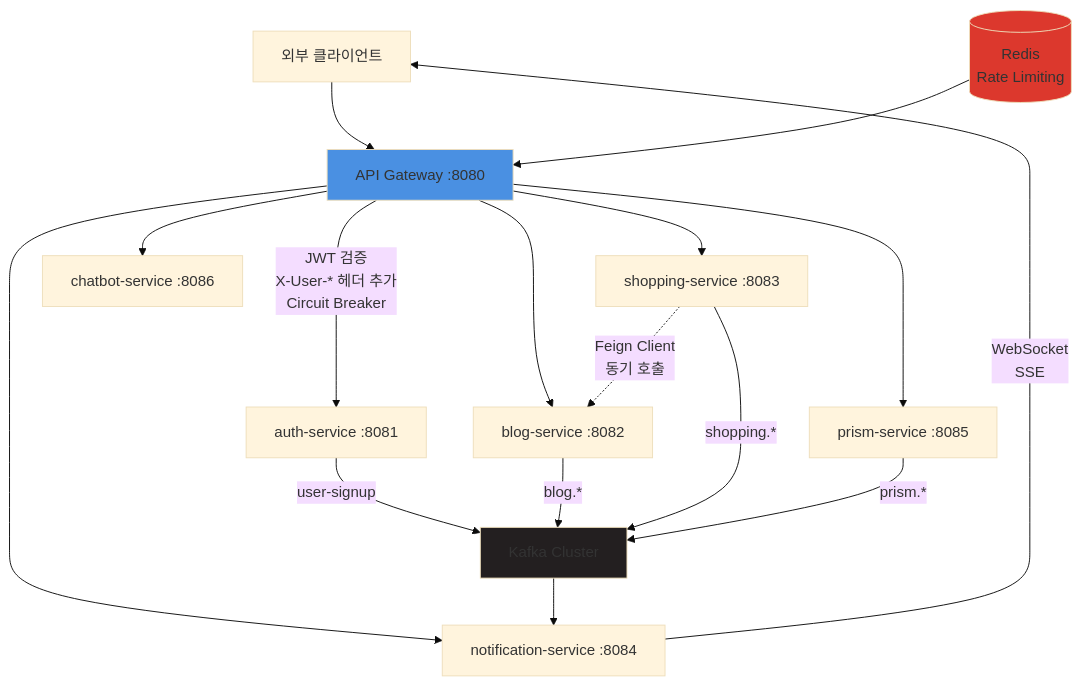
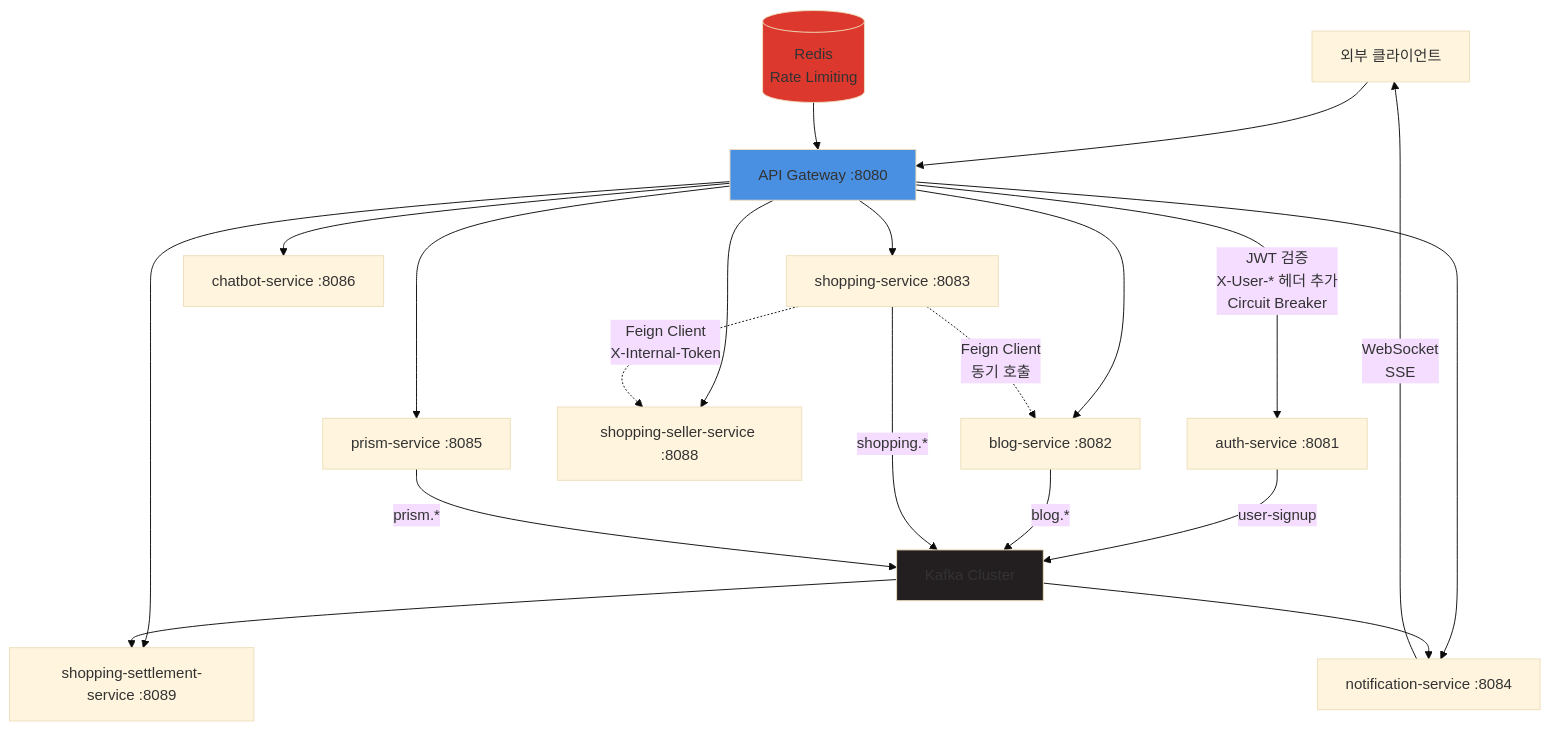
The diagram in docs/architecture/system/service-communication.md (L-a-z-e/portal-universe), drawn with Mermaid (base theme) before and after one commit. The commit also changed other lines of this file and 45 other files, not shown here.

First line of the commit message:
fix(shopping): complete saga cross-service compensation and data integrity (ADR-053)

````diff
--- a/docs/architecture/system/service-communication.md
+++ b/docs/architecture/system/service-communication.md
@@ -17,26 +17,30 @@
 ```mermaid
 graph TB
     Client[외부 클라이언트] --> Gateway[API Gateway :8080]
     Redis[(Redis<br/>Rate Limiting)] --> Gateway
 
     Gateway -->|JWT 검증<br/>X-User-* 헤더 추가<br/>Circuit Breaker| Auth[auth-service :8081]
     Gateway --> Blog[blog-service :8082]
     Gateway --> Shopping[shopping-service :8083]
+    Gateway --> ShoppingSeller[shopping-seller-service :8088]
+    Gateway --> ShoppingSettlement[shopping-settlement-service :8089]
     Gateway --> Notification[notification-service :8084]
     Gateway --> Prism[prism-service :8085]
     Gateway --> Chatbot[chatbot-service :8086]
 
     Auth -->|user-signup| Kafka[Kafka Cluster]
     Blog -->|blog.*| Kafka
     Shopping -->|shopping.*| Kafka
     Prism -->|prism.*| Kafka
 
     Shopping -.->|Feign Client<br/>동기 호출| Blog
+    Shopping -.->|Feign Client<br/>X-Internal-Token| ShoppingSeller
 
     Kafka --> Notification
+    Kafka --> ShoppingSettlement
     Notification -->|WebSocket<br/>SSE| Client
 
     style Gateway fill:#4A90E2
     style Kafka fill:#231F20
     style Redis fill:#DC382D
 ```
````
